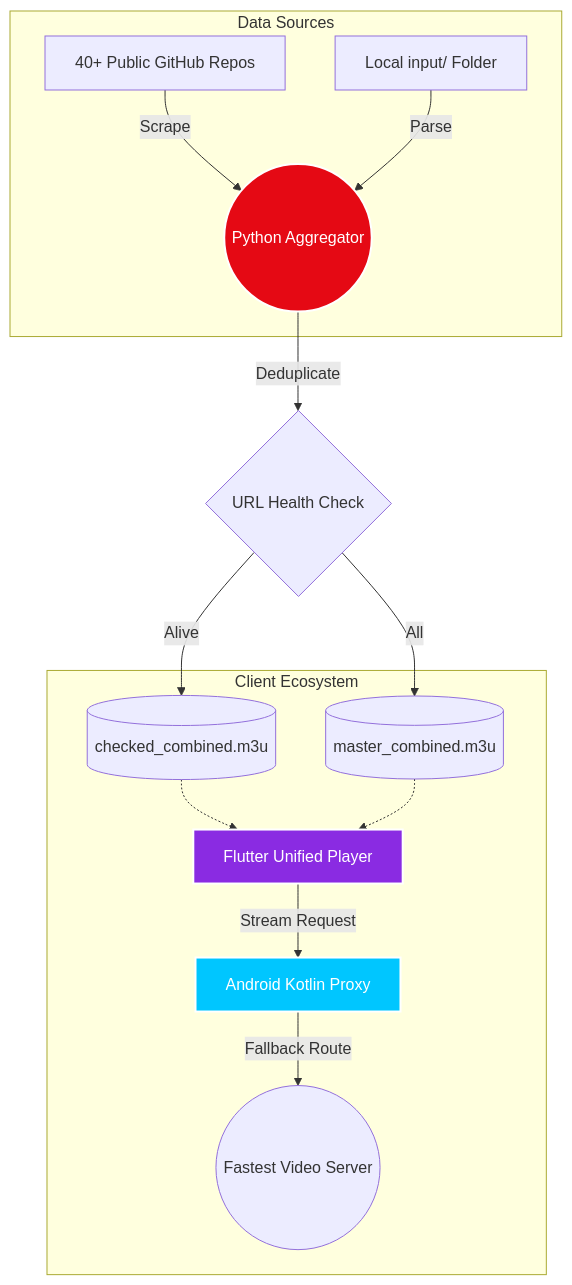
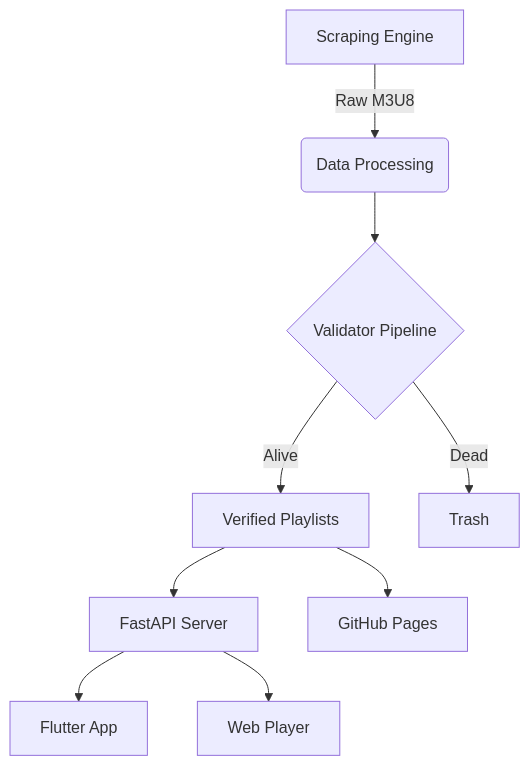
The diagram in README.md (ShoumikBalaSomu/ALL-IN-One-IPTV), drawn with Mermaid before and after one commit. The commit also changed other lines of this file and 54 other files, not shown here.

First line of the commit message:
feat(v2.0.0): complete modern rebuild of ALL-IN-ONE IPTV ecosystem

````diff
--- a/README.md
+++ b/README.md
@@ -95,22 +99,11 @@
 ```mermaid
-graph TD;
-    subgraph Data Sources
-      A[40+ Public GitHub Repos] -->|Scrape| C
-      B[Local input/ Folder] -->|Parse| C
-    end
-    
-    C((Python Aggregator)) -->|Deduplicate| D{URL Health Check}
-    D -->|Alive| E[(checked_combined.m3u)]
-    D -->|All| F[(master_combined.m3u)]
-    
-    subgraph Client Ecosystem
-      E -.-> G[Flutter Unified Player]
-      F -.-> G
-      G -->|Stream Request| H[Android Kotlin Proxy]
-      H -->|Fallback Route| I((Fastest Video Server))
-    end
-    
-    style C fill:#E50914,stroke:#fff,stroke-width:2px,color:#fff
-    style H fill:#00C6FF,stroke:#fff,stroke-width:2px,color:#fff
-    style G fill:#8A2BE2,stroke:#fff,stroke-width:2px,color:#fff
+graph TD
+    A[Scraping Engine] -->|Raw M3U8| B(Data Processing)
+    B --> C{Validator Pipeline}
+    C -->|Alive| D[Verified Playlists]
+    C -->|Dead| E[Trash]
+    D --> F[FastAPI Server]
+    D --> G[GitHub Pages]
+    F --> H[Flutter App]
+    F --> I[Web Player]
 ```
````
